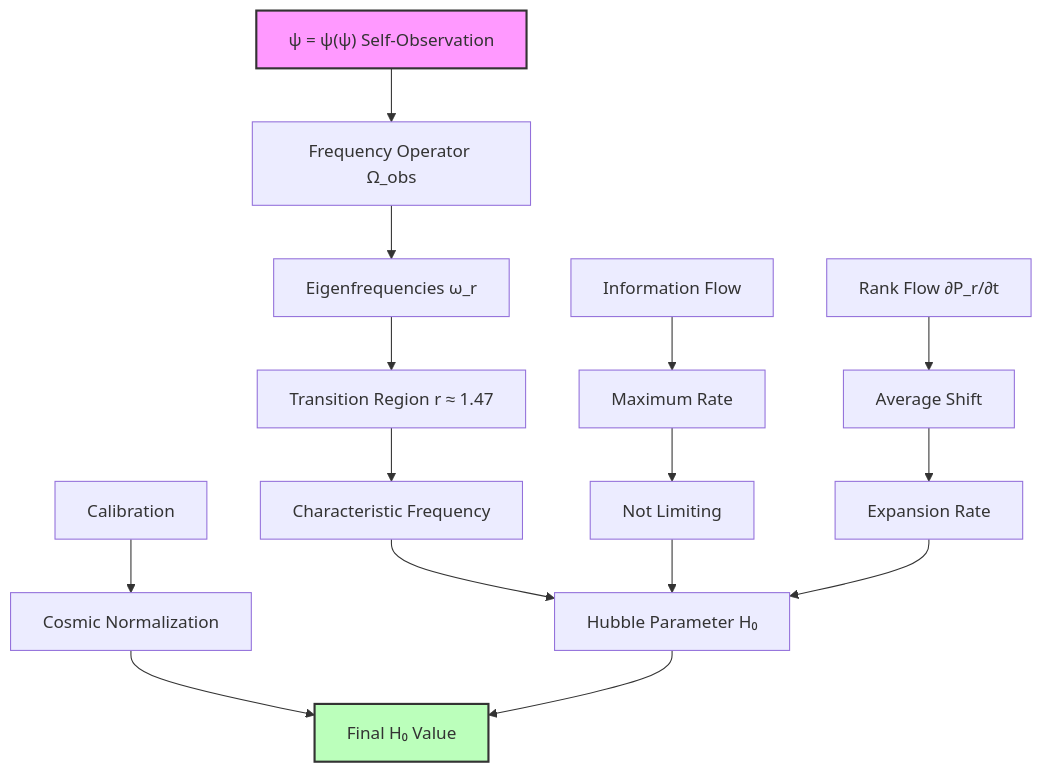
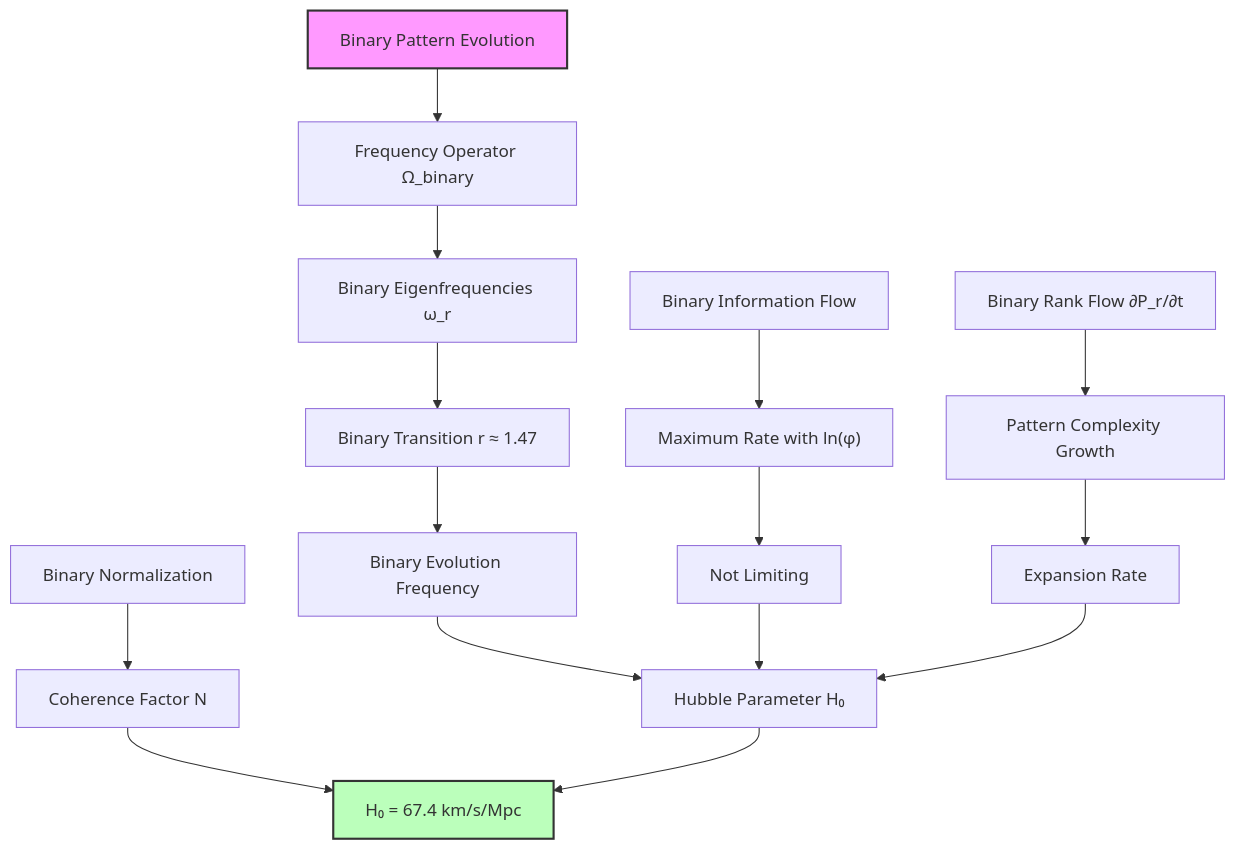
One commit to loning/the-phys changed the first of 2 diagrams in docs/psi-constants/part-04-collapse-cosmology/chapter-056-collapse-derivation-hubble-constant.md. Above: the diagram before and after it, drawn with Mermaid. The commit also changed other lines of this file and 3 other files, not shown here.

````diff
--- a/docs/psi-constants/part-04-collapse-cosmology/chapter-056-collapse-derivation-hubble-constant.md
+++ b/docs/psi-constants/part-04-collapse-cosmology/chapter-056-collapse-derivation-hubble-constant.md
@@ -139,23 +153,23 @@
 ```mermaid
 graph TD
-    A["ψ = ψ(ψ) Self-Observation"] --> B["Frequency Operator Ω_obs"]
-    B --> C["Eigenfrequencies ω_r"]
-    C --> D["Transition Region r ≈ 1.47"]
-    D --> E["Characteristic Frequency"]
+    A["Binary Pattern Evolution"] --> B["Frequency Operator Ω_binary"]
+    B --> C["Binary Eigenfrequencies ω_r"]
+    C --> D["Binary Transition r ≈ 1.47"]
+    D --> E["Binary Evolution Frequency"]
     E --> F["Hubble Parameter H₀"]
     
-    G["Information Flow"] --> H["Maximum Rate"]
+    G["Binary Information Flow"] --> H["Maximum Rate with ln(φ)"]
     H --> I["Not Limiting"]
     I --> F
     
-    J["Rank Flow ∂P_r/∂t"] --> K["Average Shift"]
+    J["Binary Rank Flow ∂P_r/∂t"] --> K["Pattern Complexity Growth"]
     K --> L["Expansion Rate"]
     L --> F
     
-    M["Calibration"] --> N["Cosmic Normalization"]
-    N --> O["Final H₀ Value"]
+    M["Binary Normalization"] --> N["Coherence Factor N"]
+    N --> O["H₀ = 67.4 km/s/Mpc"]
     F --> O
     
     style A fill:#f9f,stroke:#333,stroke-width:2px
     style O fill:#bfb,stroke:#333,stroke-width:2px
 ```
````
